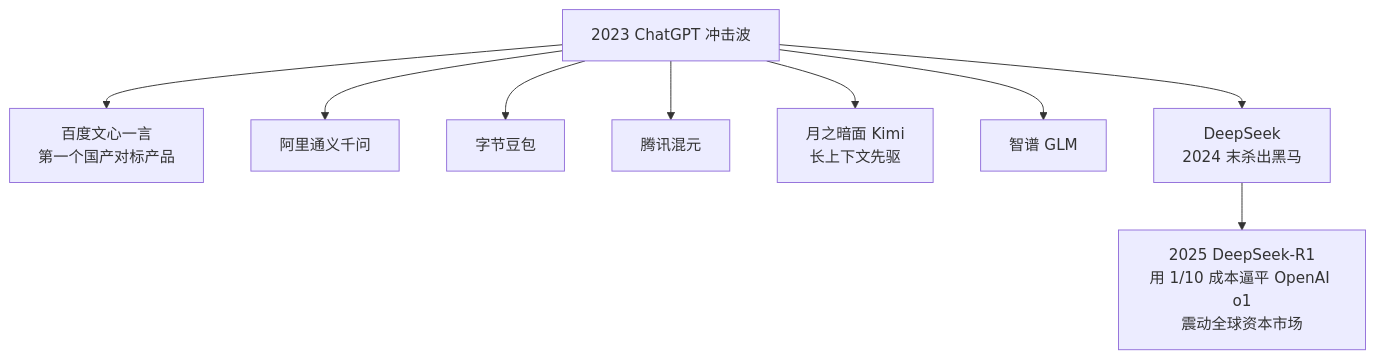
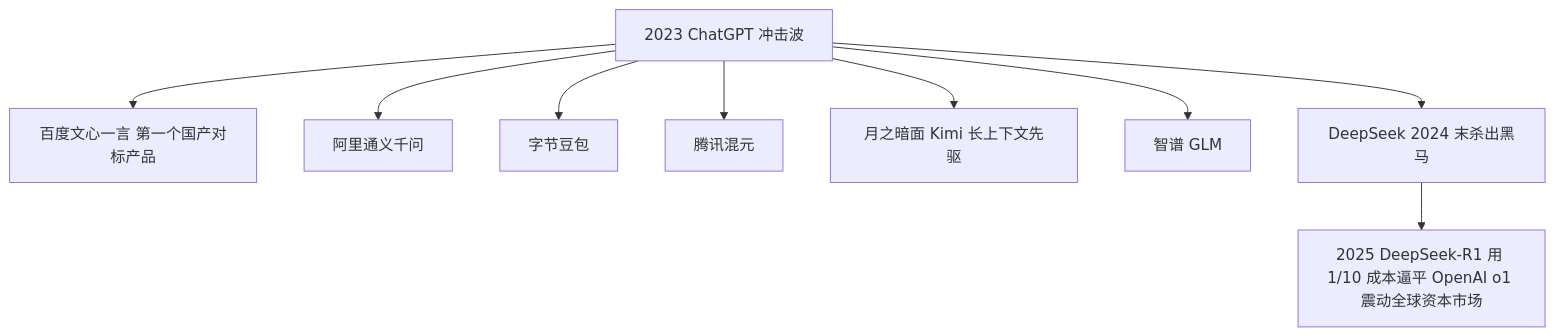
One commit to fuzhengwei/CodeGuide changed the eighth of 32 diagrams in docs/md/ai/ai-llm.md. Above: the diagram before and after it, drawn with Mermaid. The commit also changed other lines of this file, not shown here.

````diff
--- a/docs/md/ai/ai-llm.md
+++ b/docs/md/ai/ai-llm.md
@@ -195,12 +195,12 @@
 ```mermaid
 graph TB
     A["2023 ChatGPT 冲击波"]
-    A --> B["百度文心一言<br/>第一个国产对标产品"]
+    A --> B["百度文心一言 第一个国产对标产品"]
     A --> C[阿里通义千问]
     A --> D[字节豆包]
     A --> E[腾讯混元]
-    A --> F["月之暗面 Kimi<br/>长上下文先驱"]
+    A --> F["月之暗面 Kimi 长上下文先驱"]
     A --> G["智谱 GLM"]
-    A --> H["DeepSeek<br/>2024 末杀出黑马"]
-    H --> I["2025 DeepSeek-R1<br/>用 1/10 成本逼平 OpenAI o1<br/>震动全球资本市场"]
+    A --> H["DeepSeek 2024 末杀出黑马"]
+    H --> I["2025 DeepSeek-R1 用 1/10 成本逼平 OpenAI o1 震动全球资本市场"]
 ```
````
